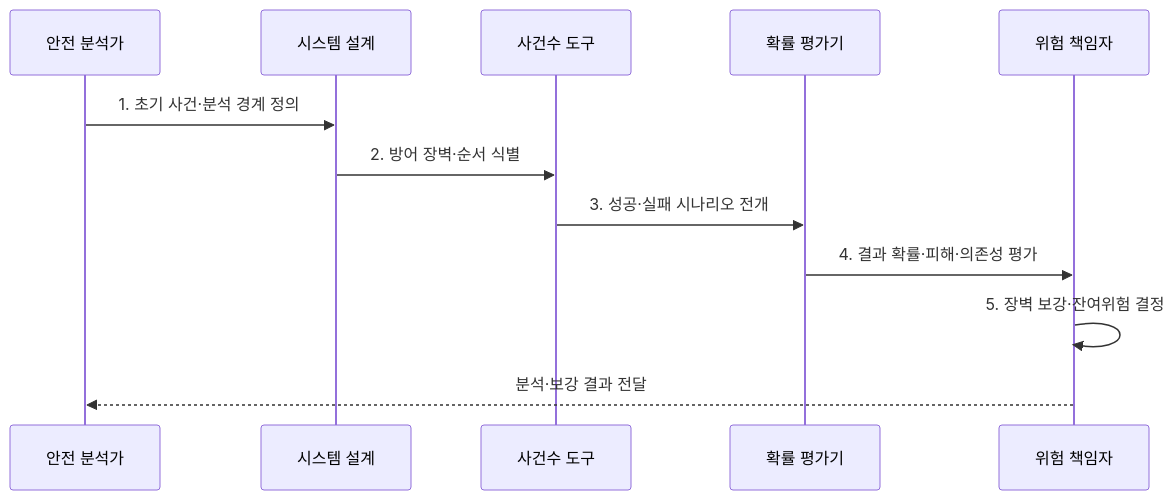
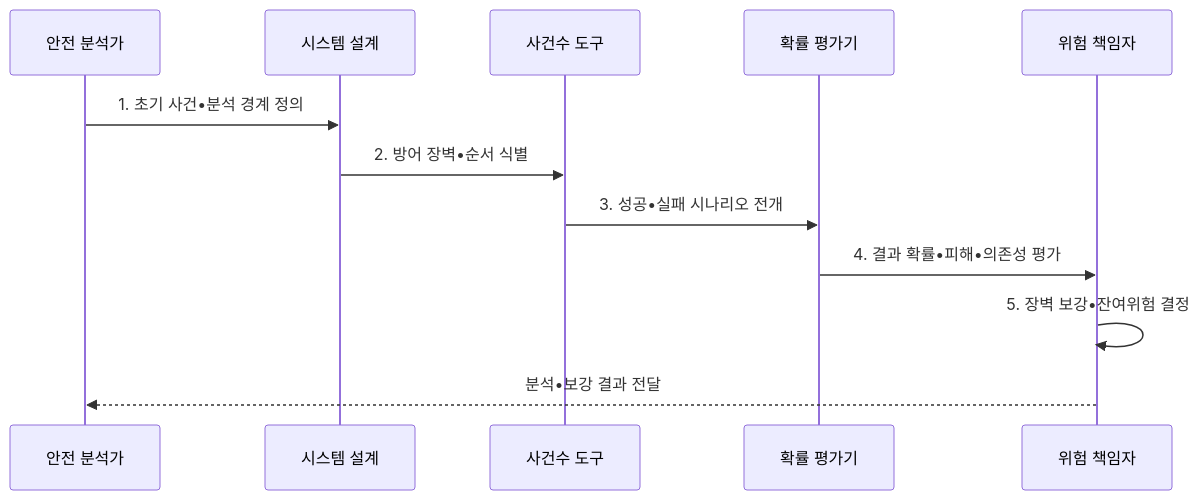
Before and after one commit to agnusdei1207/knowledge-base: the second of 2 diagrams in src/content/docs/notes/06-evaluation/027_event_tree_analysis.md, drawn with Mermaid. The commit also changed other lines of this file and 953 other files, not shown here.

````diff
--- a/src/content/docs/notes/06-evaluation/027_event_tree_analysis.md
+++ b/src/content/docs/notes/06-evaluation/027_event_tree_analysis.md
@@ -100,14 +100,14 @@
 ```mermaid
 sequenceDiagram
   participant A as 안전 분석가
   participant S as 시스템 설계
   participant E as 사건수 도구
   participant Q as 확률 평가기
   participant O as 위험 책임자
-  A->>S: 1. 초기 사건·분석 경계 정의
-  S->>E: 2. 방어 장벽·순서 식별
-  E->>Q: 3. 성공·실패 시나리오 전개
-  Q->>O: 4. 결과 확률·피해·의존성 평가
-  O->>O: 5. 장벽 보강·잔여위험 결정
-  O-->>A: 분석·보강 결과 전달
+  A->>S: 1. 초기 사건•분석 경계 정의
+  S->>E: 2. 방어 장벽•순서 식별
+  E->>Q: 3. 성공•실패 시나리오 전개
+  Q->>O: 4. 결과 확률•피해•의존성 평가
+  O->>O: 5. 장벽 보강•잔여위험 결정
+  O-->>A: 분석•보강 결과 전달
 ```
````
